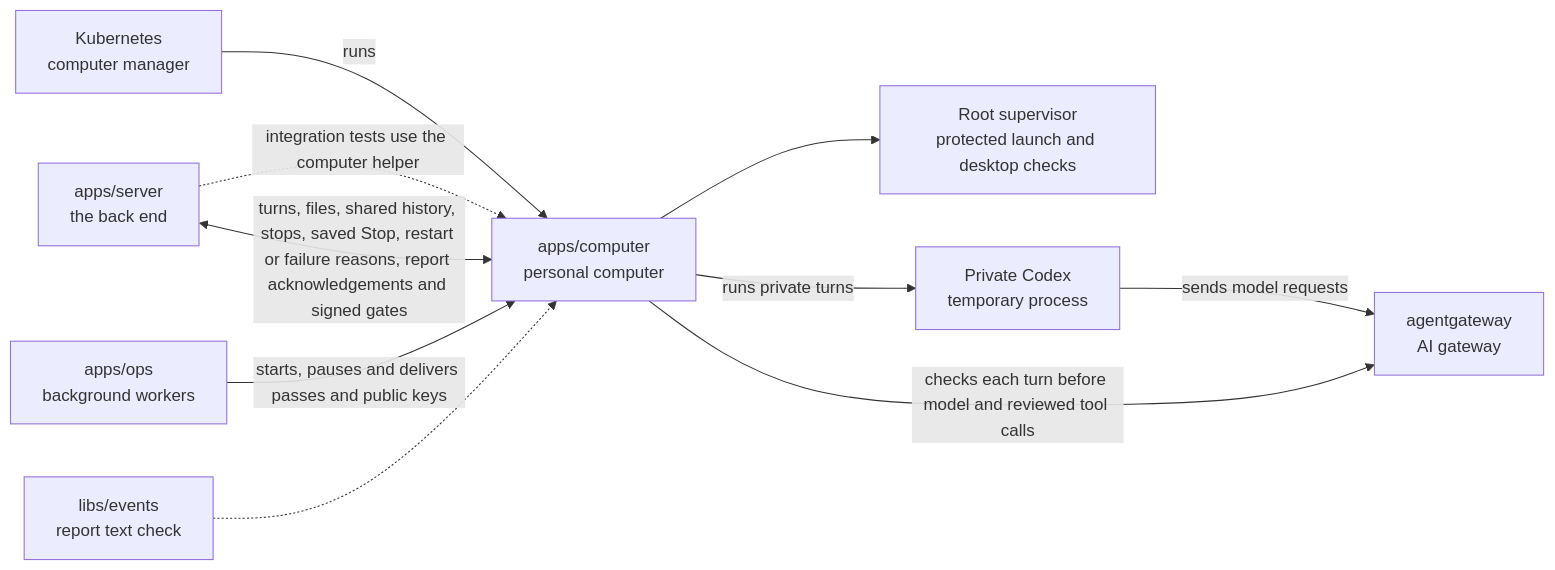
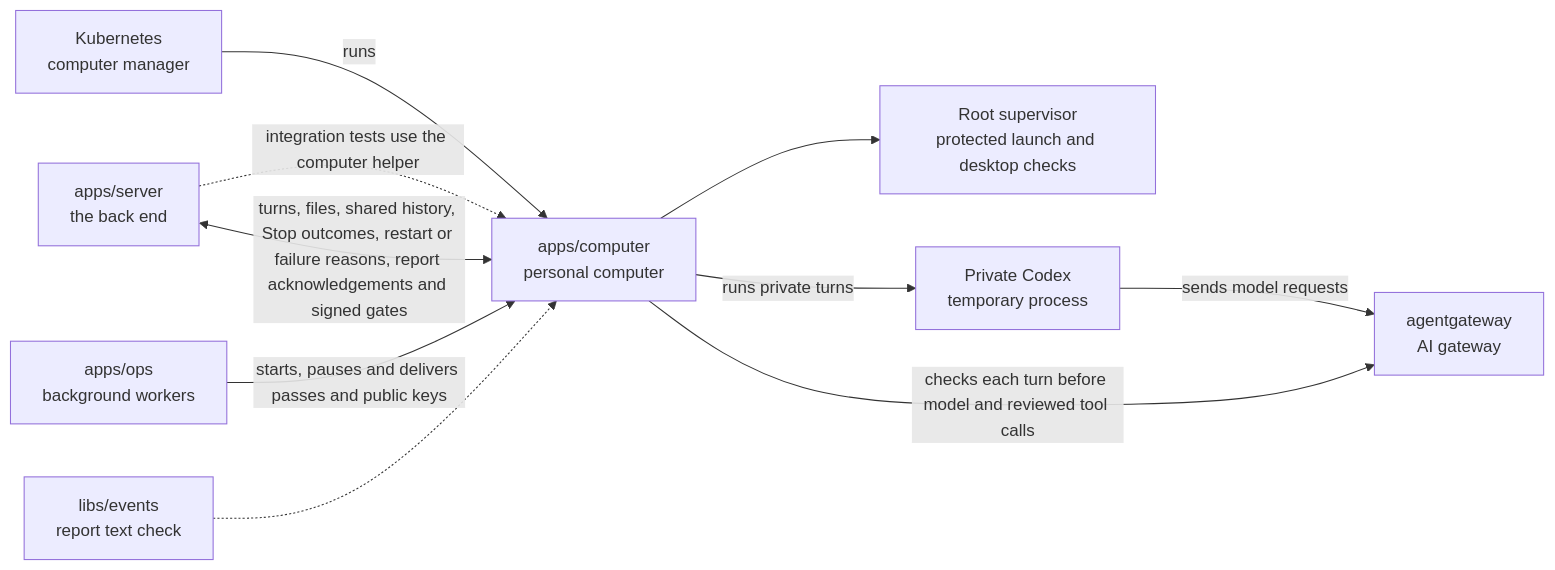
Before and after one commit to elewa-git/opencrane-new: the diagram in apps/computer/README.md, drawn with Mermaid. The commit also changed other lines of this file and 6 other files, not shown here.

````diff
--- a/apps/computer/README.md
+++ b/apps/computer/README.md
@@ -22,12 +22,12 @@
 ```mermaid
 flowchart LR
   server -.->|integration tests use the computer helper| computer
   kube["Kubernetes<br/>computer manager"] -->|runs| computer["apps/computer<br/>personal computer"]
   ops["apps/ops<br/>background workers"] -->|starts, pauses and delivers passes and public keys| computer
-  server["apps/server<br/>the back end"] <-->|turns, files, shared history, stops, saved Stop, restart or failure reasons, report acknowledgements and signed gates| computer
+  server["apps/server<br/>the back end"] <-->|turns, files, shared history, Stop outcomes, restart or failure reasons, report acknowledgements and signed gates| computer
   events["libs/events<br/>report text check"] -.-> computer
   computer --> supervisor["Root supervisor<br/>protected launch and desktop checks"]
   computer -->|runs private turns| private["Private Codex<br/>temporary process"]
   private -->|sends model requests| gateway
   computer -->|checks each turn before model and reviewed tool calls| gateway["agentgateway<br/>AI gateway"]
 ```
````
